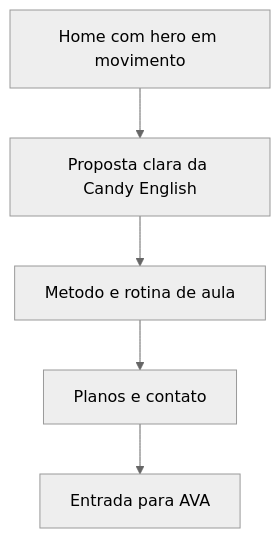
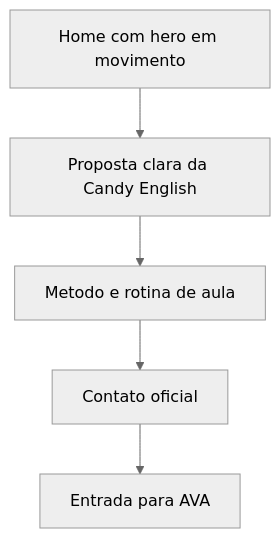
Before and after one commit to WilliYY/Candy-English: the first of 2 diagrams in docs/design-direcao.md, drawn with Mermaid (neutral theme). The commit also changed other lines of this file and 16 other files, not shown here.

````diff
--- a/docs/design-direcao.md
+++ b/docs/design-direcao.md
@@ -74,7 +81,7 @@
 ```mermaid
 flowchart TD
   A["Home com hero em movimento"] --> B["Proposta clara da Candy English"]
   B --> C["Metodo e rotina de aula"]
-  C --> D["Planos e contato"]
+  C --> D["Contato oficial"]
   D --> E["Entrada para AVA"]
 ```
````
